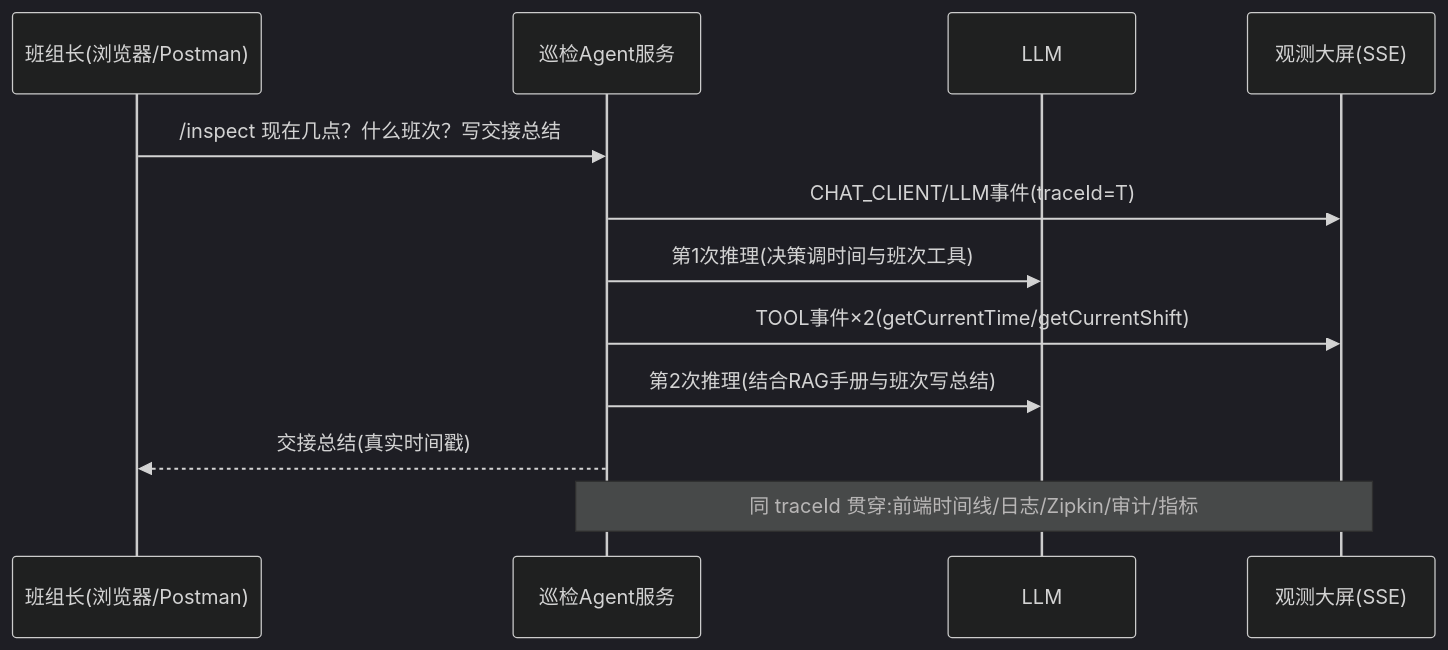
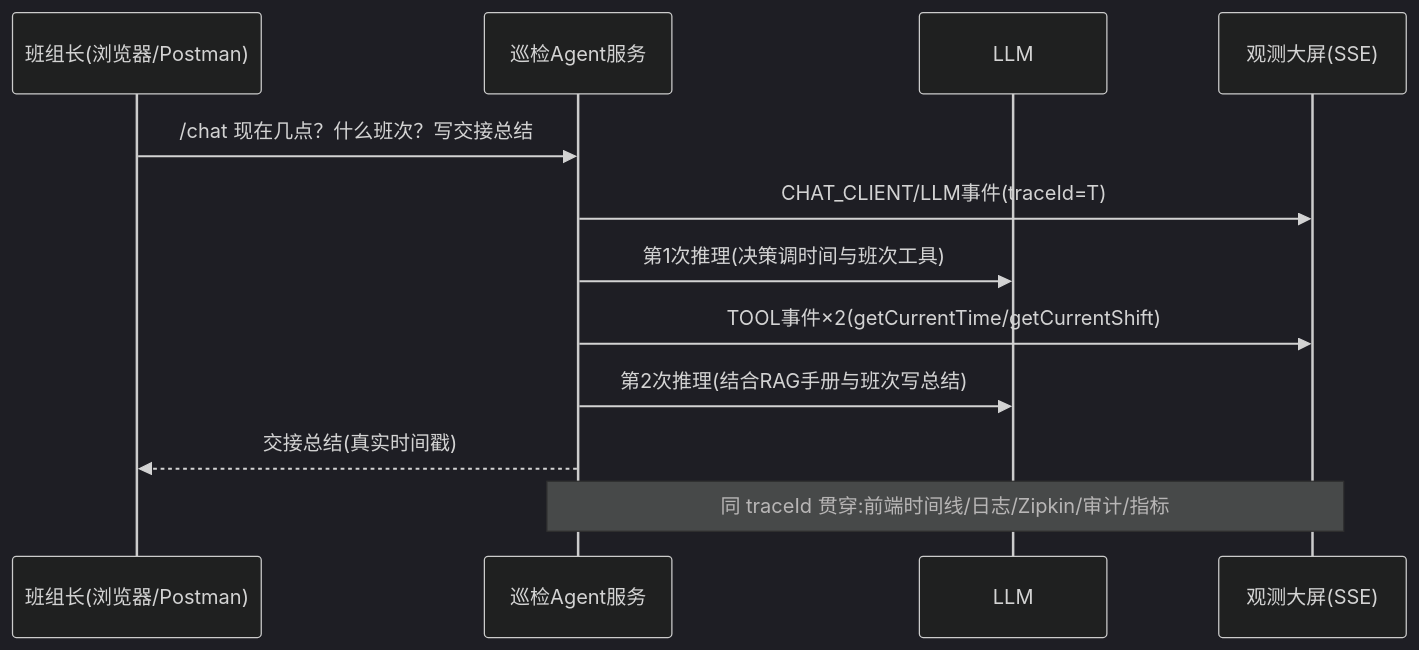
One commit to UranusGit/java-agent-learn changed the second of 2 diagrams in docs/教程/05-Observation可观测/12-综合实战：工业巡检Agent可观测闭环.md. Above: the diagram before and after it, drawn with Mermaid (dark theme). The commit also changed other lines of this file and 12 other files, not shown here.

````diff
--- a/docs/教程/05-Observation可观测/12-综合实战：工业巡检Agent可观测闭环.md
+++ b/docs/教程/05-Observation可观测/12-综合实战：工业巡检Agent可观测闭环.md
@@ -229,14 +224,14 @@
 ```mermaid
 sequenceDiagram
     participant U as 班组长(浏览器/Postman)
     participant S as 巡检Agent服务
     participant L as LLM
     participant FE as 观测大屏(SSE)
-    U->>S: /inspect 现在几点？什么班次？写交接总结
+    U->>S: /chat 现在几点？什么班次？写交接总结
     S->>FE: CHAT_CLIENT/LLM事件(traceId=T)
     S->>L: 第1次推理(决策调时间与班次工具)
     S->>FE: TOOL事件×2(getCurrentTime/getCurrentShift)
     S->>L: 第2次推理(结合RAG手册与班次写总结)
     S-->>U: 交接总结(真实时间戳)
     Note over S,FE: 同 traceId 贯穿:前端时间线/日志/Zipkin/审计/指标
 ```
````
